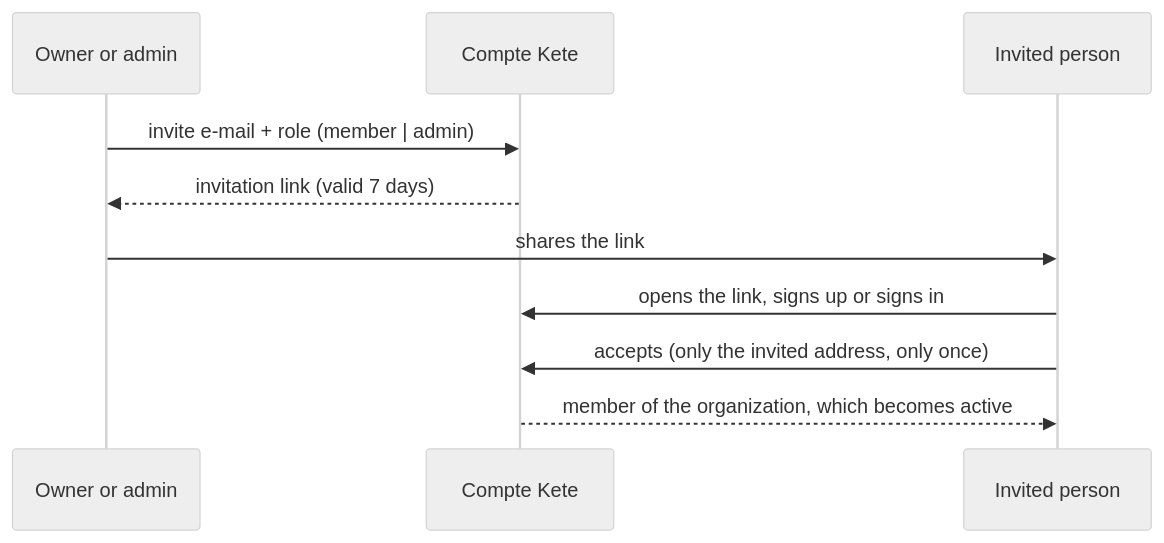
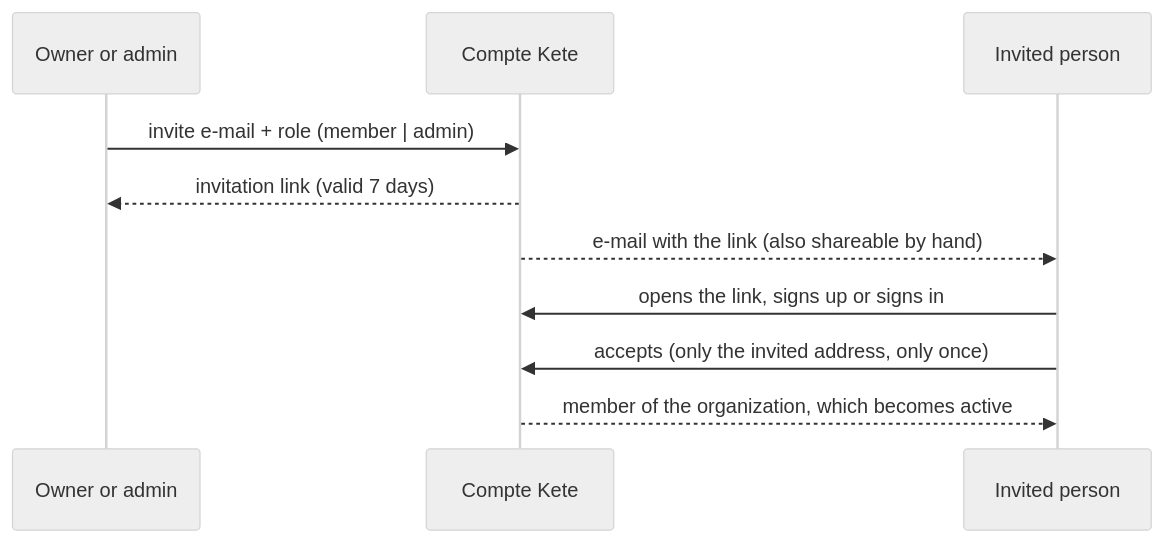
One commit to kete-africa/kete-core changed the second of 2 diagrams in apps/account/README.md. Above: the diagram before and after it, drawn with Mermaid (neutral theme). The commit also changed other lines of this file and 28 other files, not shown here.

````diff
--- a/apps/account/README.md
+++ b/apps/account/README.md
@@ -75,12 +78,12 @@
 ```mermaid
 sequenceDiagram
   participant O as Owner or admin
   participant C as Compte Kete
   participant I as Invited person
   O->>C: invite e-mail + role (member | admin)
   C-->>O: invitation link (valid 7 days)
-  O->>I: shares the link
+  C-->>I: e-mail with the link (also shareable by hand)
   I->>C: opens the link, signs up or signs in
   I->>C: accepts (only the invited address, only once)
   C-->>I: member of the organization, which becomes active
 ```
````
